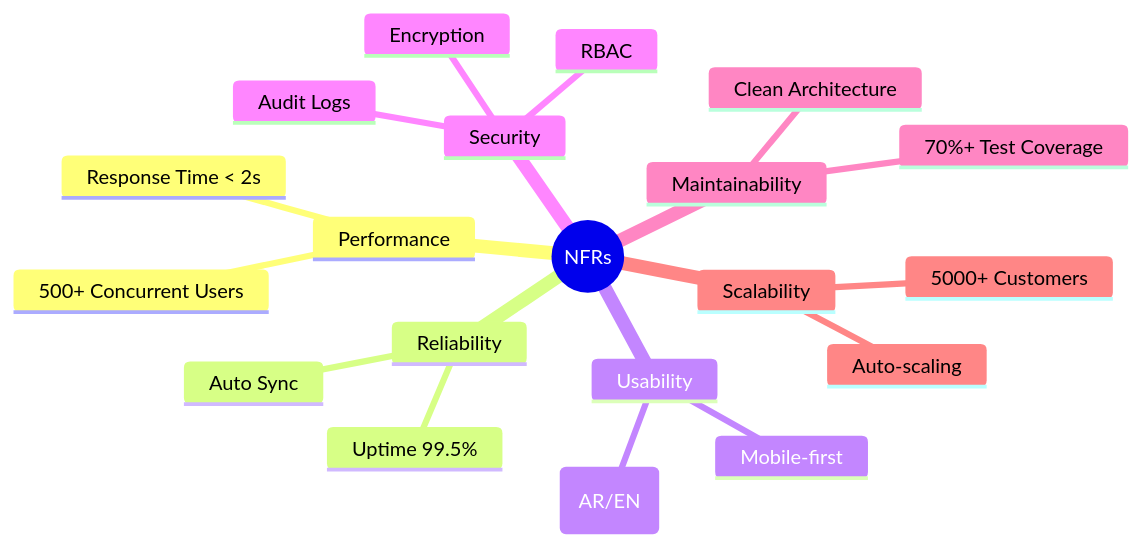
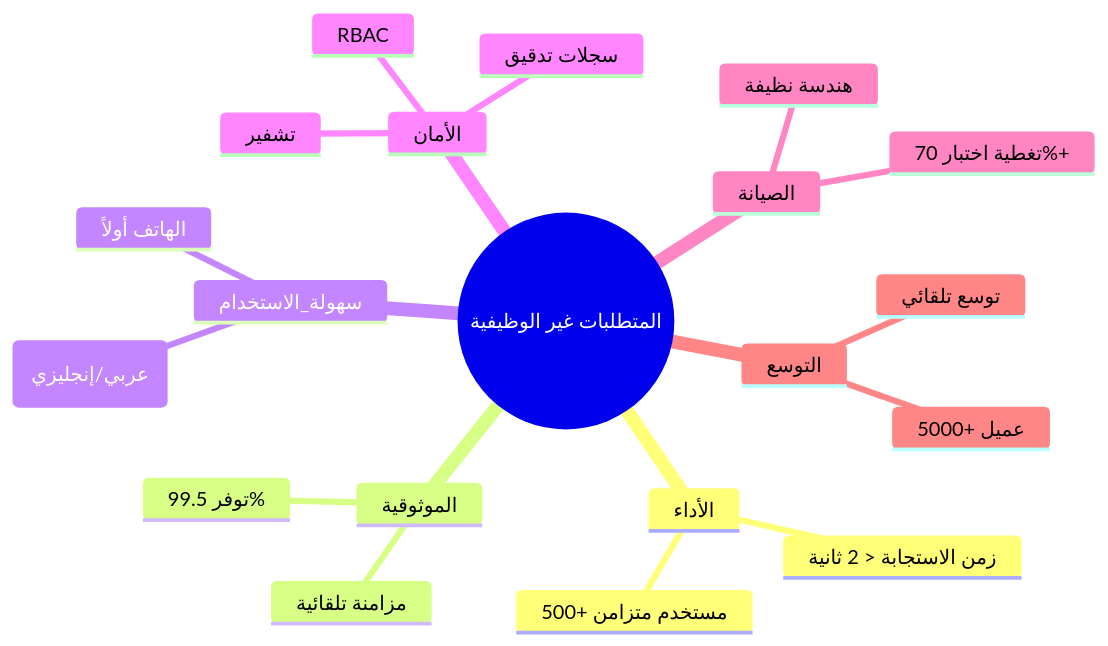
The second of 3 diagrams in docs/10-nfr-and-quality/10-nfr-and-quality.md (Ash69g/Documentation-Study), drawn with Mermaid before and after one commit. The commit also changed other lines of this file and 15 other files, not shown here.

````diff
--- a/docs/10-nfr-and-quality/10-nfr-and-quality.md
+++ b/docs/10-nfr-and-quality/10-nfr-and-quality.md
@@ -40,23 +69,23 @@
 ```mermaid
 mindmap
-  root((NFRs))
-    Performance
-      Response Time < 2s
-      500+ Concurrent Users
-    Reliability
-      Uptime 99.5%
-      Auto Sync
-    Usability
-      Bilingual (AR/EN)
-      Mobile-first
-    Security
+  root((المتطلبات غير الوظيفية))
+    الأداء
+      زمن الاستجابة < 2 ثانية
+      500+ مستخدم متزامن
+    الموثوقية
+      توفر 99.5%
+      مزامنة تلقائية
+    سهولة_الاستخدام
+      ثنائي اللغة (عربي/إنجليزي)
+      الهاتف أولاً
+    الأمان
       RBAC
-      Encryption
-      Audit Logs
-    Maintainability
-      Clean Architecture
-      70%+ Test Coverage
-    Scalability
-      5000+ Customers
-      Auto-scaling
+      تشفير
+      سجلات تدقيق
+    الصيانة
+      هندسة نظيفة
+      تغطية اختبار 70%+
+    التوسع
+      5000+ عميل
+      توسع تلقائي
 ```
````
